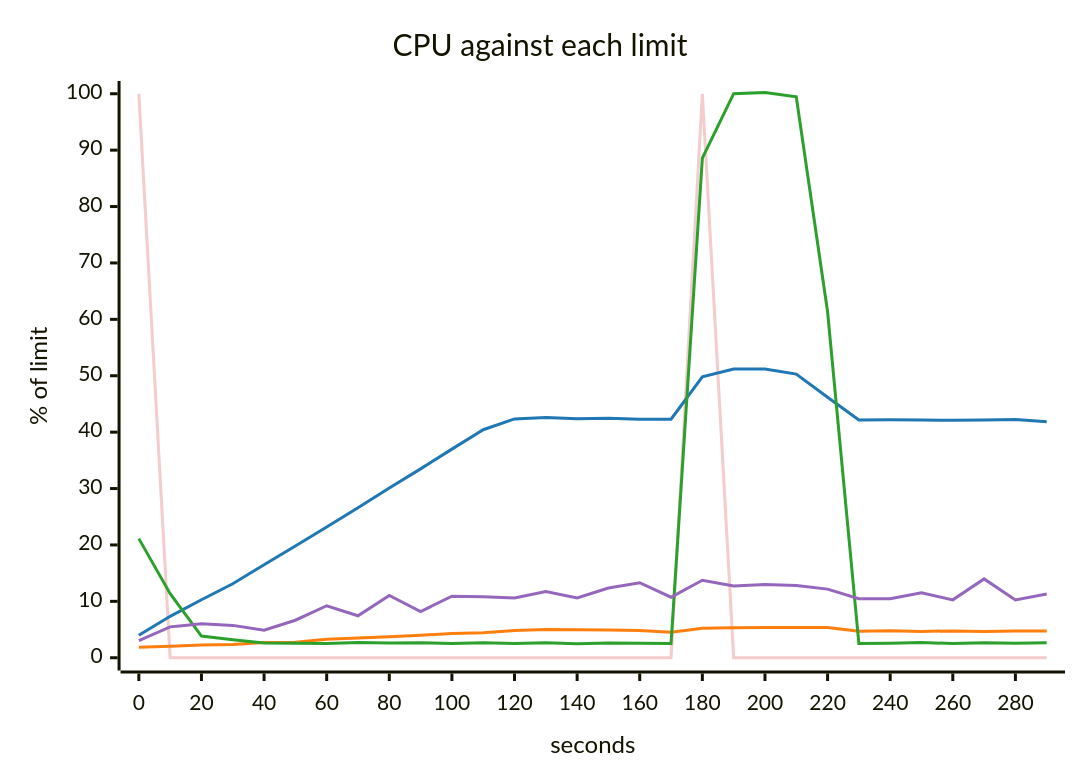
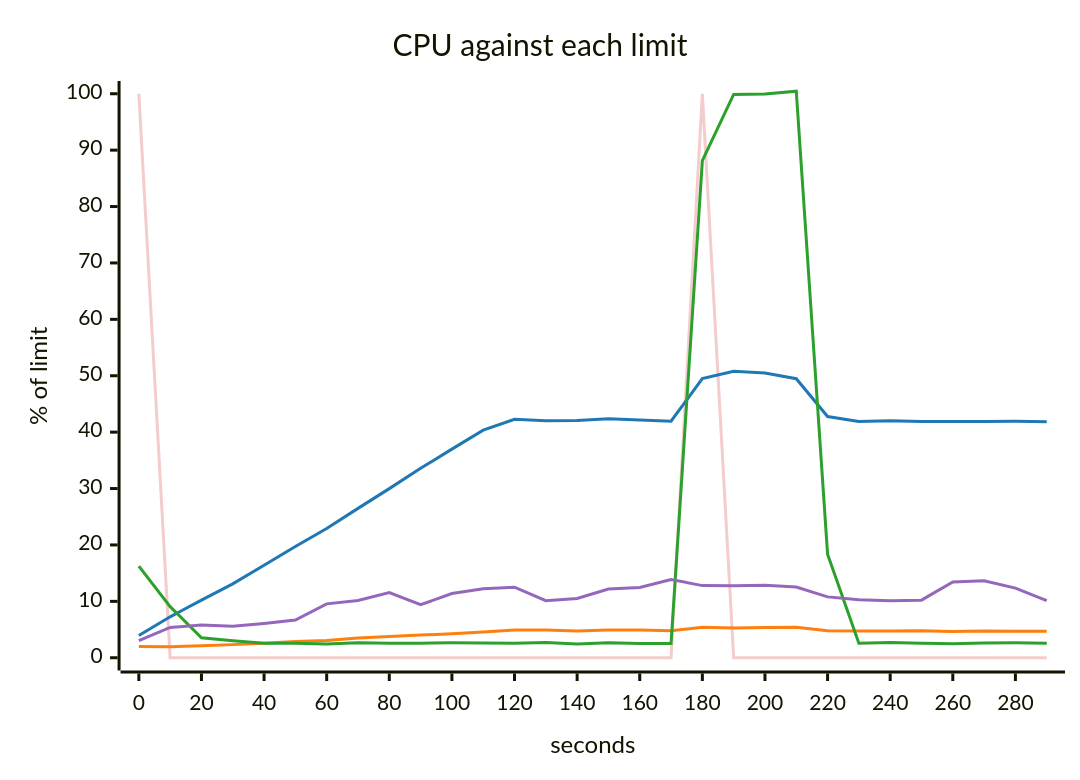
One commit to akinfemi/load-lore changed the fifth of 5 diagrams in scenarios/cache-restart/solutions/coalesce/report.md. Above: the diagram before and after it, drawn with Mermaid. The commit also changed other lines of this file and 125 other files, not shown here.

````diff
--- a/scenarios/cache-restart/solutions/coalesce/report.md
+++ b/scenarios/cache-restart/solutions/coalesce/report.md
@@ -106,18 +107,18 @@
 ```mermaid
 ---
 config:
   themeVariables:
     xyChart:
       backgroundColor: "transparent"
       plotColorPalette: "#f4cccc, #1f77b4, #ff7f0e, #2ca02c, #9467bd"
 ---
 xychart-beta
     title "CPU against each limit"
     x-axis "seconds" 0 --> 290
     y-axis "% of limit" 0 --> 100
     line [100, 0, 0, 0, 0, 0, 0, 0, 0, 0, 0, 0, 0, 0, 0, 0, 0, 0, 100, 0, 0, 0, 0, 0, 0, 0, 0, 0, 0, 0]
-    line [3.997, 7.343, 10.281, 13.119, 16.498, 19.826, 23.178, 26.606, 30.093, 33.487, 36.993, 40.428, 42.353, 42.577, 42.364, 42.453, 42.304, 42.303, 49.802, 51.196, 51.194, 50.285, 46.197, 42.158, 42.183, 42.133, 42.11, 42.17, 42.24, 41.853]
-    line [1.861, 2.018, 2.265, 2.349, 2.713, 2.761, 3.259, 3.516, 3.708, 3.981, 4.294, 4.433, 4.832, 5.022, 4.965, 4.915, 4.82, 4.539, 5.222, 5.335, 5.352, 5.366, 5.351, 4.685, 4.779, 4.666, 4.757, 4.671, 4.752, 4.757]
-    line [21.121, 11.361, 3.852, 3.186, 2.634, 2.585, 2.548, 2.714, 2.602, 2.654, 2.506, 2.674, 2.531, 2.649, 2.488, 2.628, 2.573, 2.535, 88.593, 100.02, 100.201, 99.462, 61.34, 2.517, 2.582, 2.691, 2.531, 2.641, 2.56, 2.651]
-    line [3.037, 5.478, 6.047, 5.739, 4.876, 6.653, 9.22, 7.438, 11.04, 8.199, 10.9, 10.823, 10.599, 11.739, 10.62, 12.361, 13.302, 10.736, 13.738, 12.708, 12.999, 12.818, 12.167, 10.479, 10.482, 11.53, 10.263, 13.979, 10.262, 11.305]
+    line [3.949, 7.26, 10.223, 13.099, 16.404, 19.72, 22.93, 26.486, 29.989, 33.598, 36.994, 40.359, 42.279, 42.042, 42.057, 42.391, 42.139, 41.938, 49.5, 50.789, 50.502, 49.474, 42.769, 41.894, 42.002, 41.907, 41.873, 41.909, 41.918, 41.823]
+    line [2, 1.955, 2.119, 2.327, 2.57, 2.866, 3.063, 3.517, 3.753, 4.022, 4.249, 4.571, 4.9, 4.901, 4.721, 4.929, 4.932, 4.783, 5.405, 5.294, 5.356, 5.404, 4.792, 4.746, 4.737, 4.774, 4.639, 4.732, 4.691, 4.713]
+    line [16.254, 9.061, 3.537, 3.006, 2.592, 2.573, 2.444, 2.652, 2.549, 2.59, 2.654, 2.614, 2.58, 2.692, 2.44, 2.658, 2.518, 2.51, 88.125, 99.882, 99.963, 100.452, 18.362, 2.586, 2.684, 2.581, 2.489, 2.606, 2.638, 2.553]
+    line [3.017, 5.372, 5.801, 5.605, 6.088, 6.691, 9.558, 10.143, 11.541, 9.401, 11.382, 12.237, 12.518, 10.121, 10.508, 12.178, 12.476, 13.886, 12.793, 12.746, 12.836, 12.531, 10.79, 10.286, 10.128, 10.215, 13.429, 13.667, 12.355, 10.126]
 ```
````
